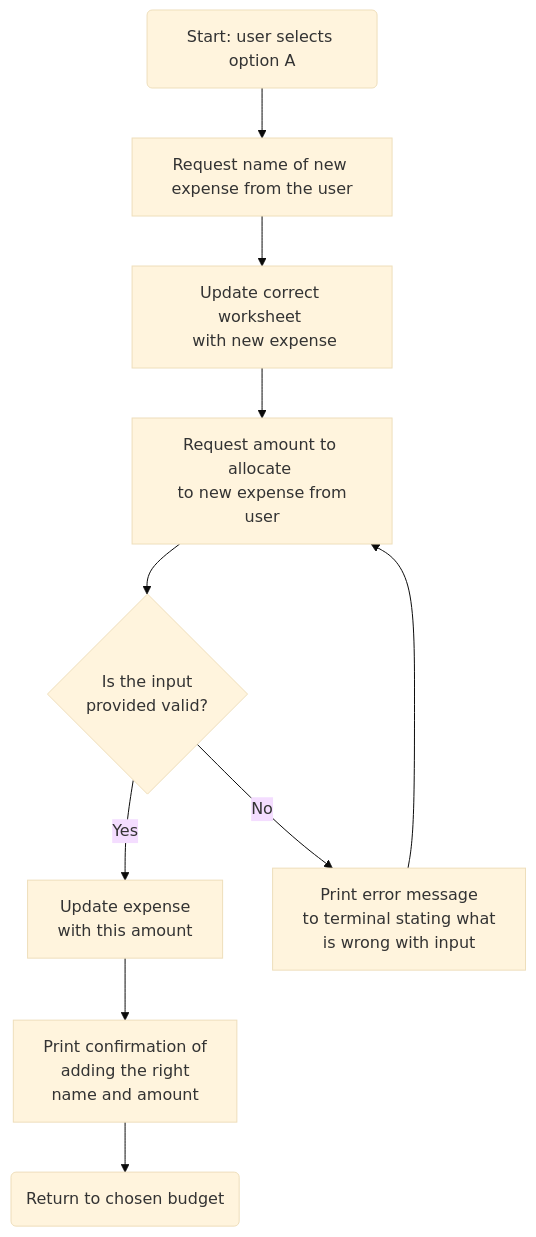
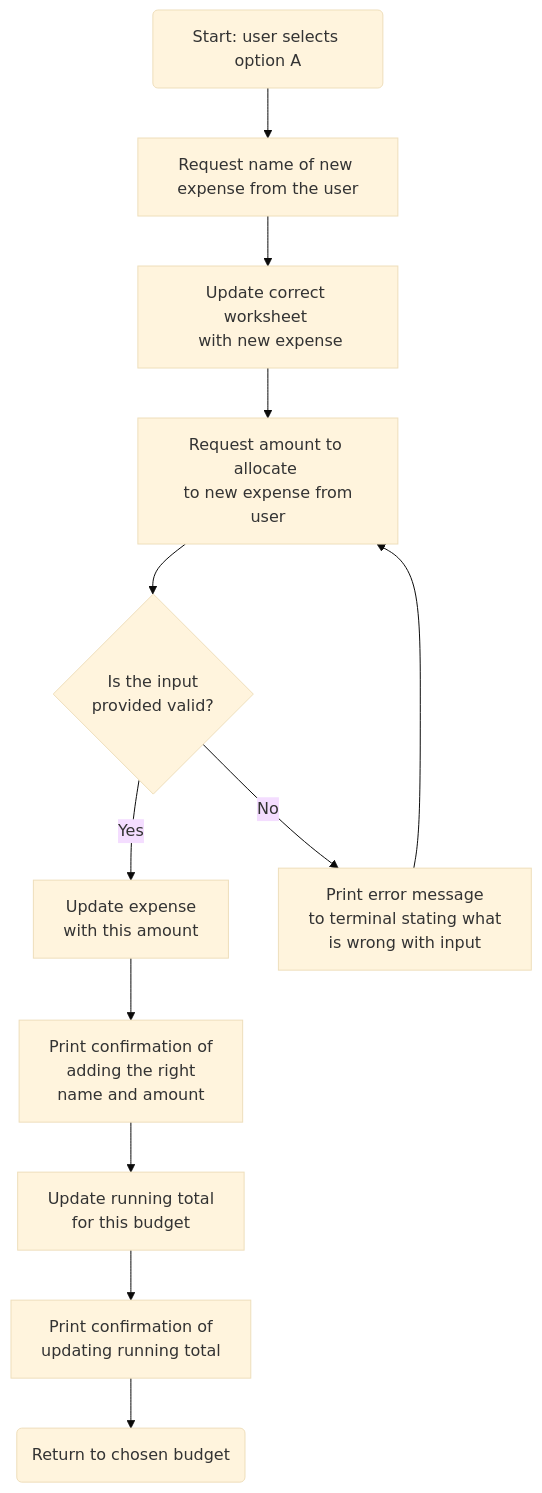
Before and after one commit to EvitaKnits/Cashflow-Companion: the fifth of 8 diagrams in README.md, drawn with Mermaid (base theme). The commit also changed other lines of this file and 1 other file, not shown here.

Commit message:
Update docs for update running total functionality

````diff
--- a/README.md
+++ b/README.md
@@ -214,12 +214,14 @@
 ```mermaid
 flowchart TD
     A(Start: user selects option A) --> B[Request name of new expense from the user]
     B --> C[Update correct worksheet \n with new expense]
     C -->F[Request amount to allocate \n to new expense from user]
     F --> G{Is the input \n provided valid?}
     G -->|Yes| I[Update expense \n with this amount]
     G -->|No| H[Print error message \n to terminal stating what \n is wrong with input]
     H -->F
     I --> J[Print confirmation of \n adding the right \n name and amount]
-    J --> K(Return to chosen budget)
+    J --> K[Update running total \n for this budget]
+    K --> L[Print confirmation of \n updating running total]
+    L --> M(Return to chosen budget)
 ```
````
